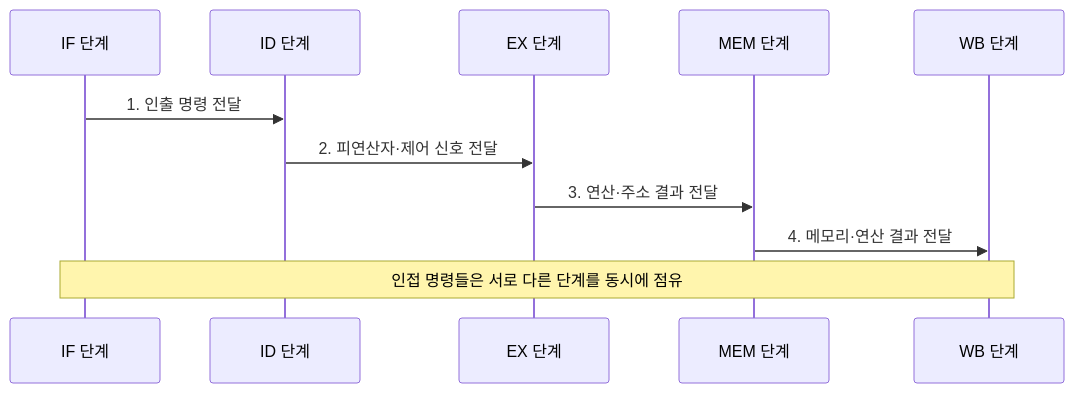
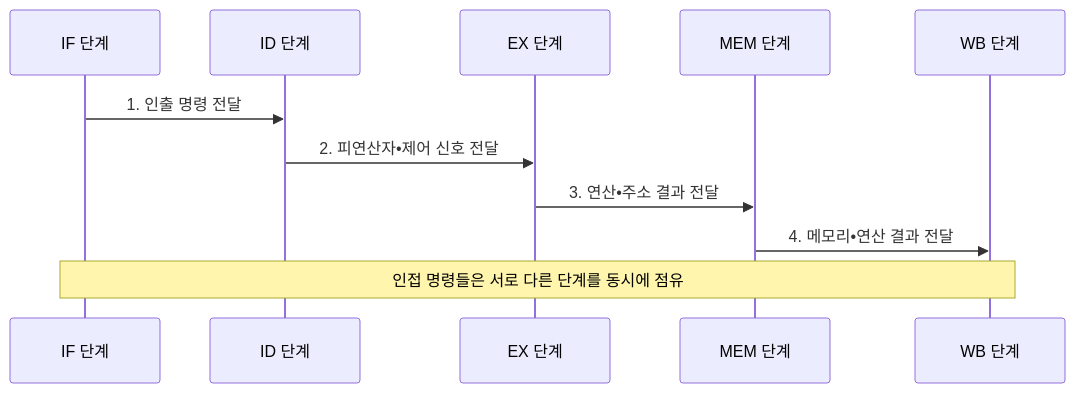
Before and after one commit to agnusdei1207/knowledge-base: the second of 2 diagrams in src/content/docs/notes/02-hardware/006_pipelining.md, drawn with Mermaid. The commit also changed other lines of this file and 953 other files, not shown here.

````diff
--- a/src/content/docs/notes/02-hardware/006_pipelining.md
+++ b/src/content/docs/notes/02-hardware/006_pipelining.md
@@ -99,13 +99,13 @@
 ```mermaid
 sequenceDiagram
     participant F as IF 단계
     participant D as ID 단계
     participant E as EX 단계
     participant M as MEM 단계
     participant W as WB 단계
     F->>D: 1. 인출 명령 전달
-    D->>E: 2. 피연산자·제어 신호 전달
-    E->>M: 3. 연산·주소 결과 전달
-    M->>W: 4. 메모리·연산 결과 전달
+    D->>E: 2. 피연산자•제어 신호 전달
+    E->>M: 3. 연산•주소 결과 전달
+    M->>W: 4. 메모리•연산 결과 전달
     Note over F,W: 인접 명령들은 서로 다른 단계를 동시에 점유
 ```
````
